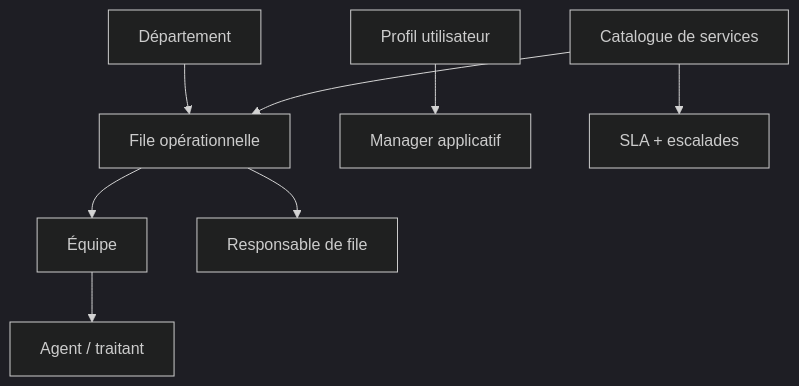
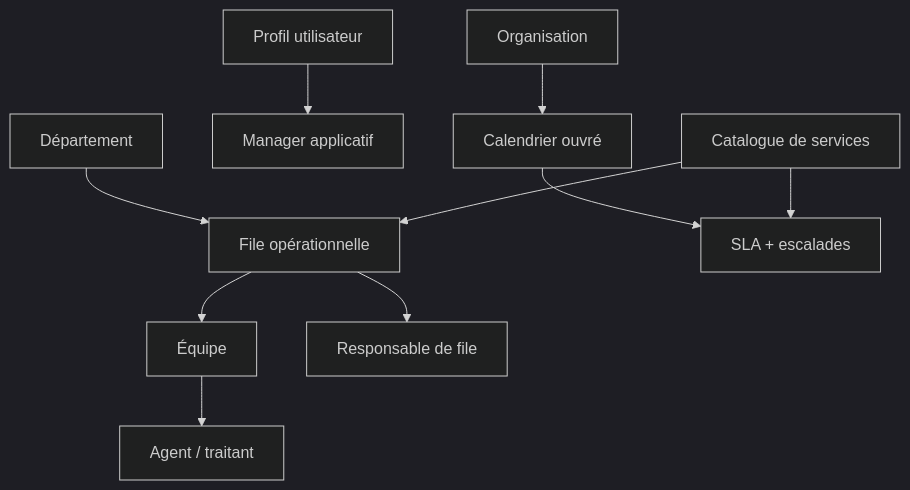
One commit to larrynoah2603/1TASK-dev changed the second of 3 diagrams in docs/architecture.md. Above: the diagram before and after it, drawn with Mermaid (dark theme). The commit also changed other lines of this file and 26 other files, not shown here.

Commit message:
Deliver UX refactor and organization SLA calendars

````diff
--- a/docs/architecture.md
+++ b/docs/architecture.md
@@ -20,10 +20,12 @@
 ```mermaid
 flowchart TD
   Department["Département"] --> Queue["File opérationnelle"]
   Queue --> Team["Équipe"]
   Queue --> Manager["Responsable de file"]
   Team --> Agent["Agent / traitant"]
   User["Profil utilisateur"] --> AppManager["Manager applicatif"]
+  Organization["Organisation"] --> Calendar["Calendrier ouvré"]
+  Calendar --> SLA["SLA + escalades"]
   Catalog["Catalogue de services"] --> Queue
-  Catalog --> SLA["SLA + escalades"]
+  Catalog --> SLA
 ```
````
